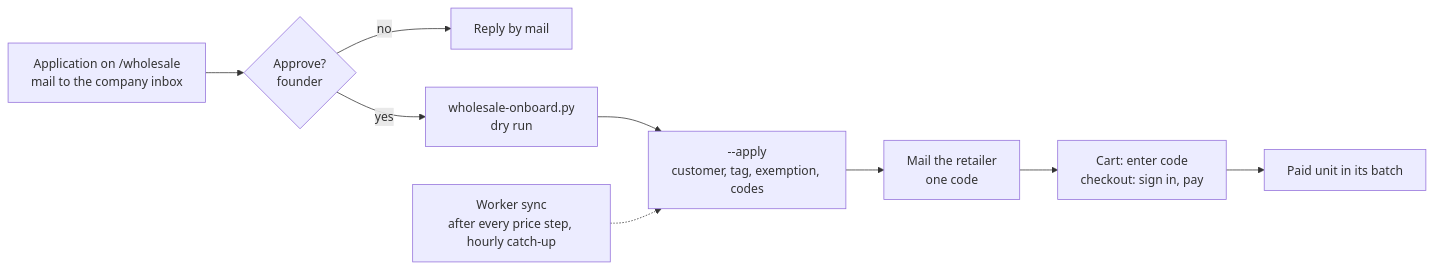
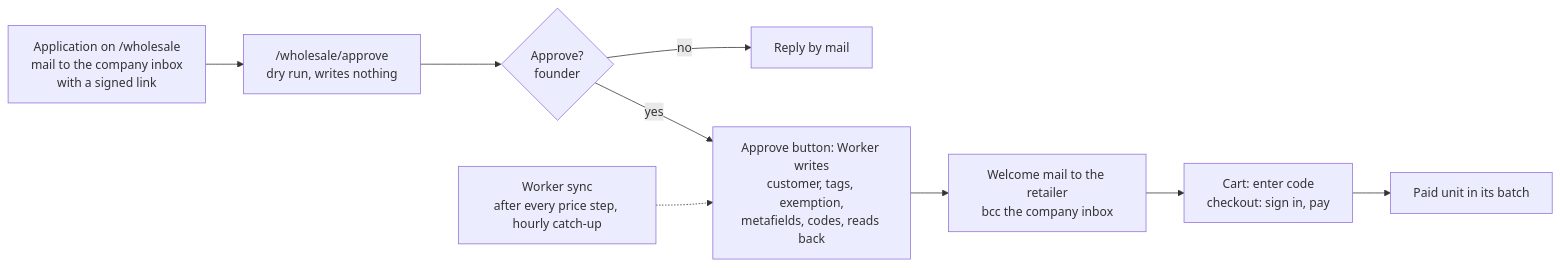
Before and after one commit to OpenDrone-hw/OpenDrone-Web: the diagram in docs/wholesale.md, drawn with Mermaid. The commit also changed other lines of this file and 12 other files, not shown here.

````diff
--- a/docs/wholesale.md
+++ b/docs/wholesale.md
@@ -5,11 +5,11 @@
 ```mermaid
 flowchart LR
-  A["Application on /wholesale<br/>mail to the company inbox"] --> B{"Approve?<br/>founder"}
+  A["Application on /wholesale<br/>mail to the company inbox<br/>with a signed link"] --> R["/wholesale/approve<br/>dry run, writes nothing"]
+  R --> B{"Approve?<br/>founder"}
   B -->|no| X["Reply by mail"]
-  B -->|yes| C["wholesale-onboard.py<br/>dry run"]
-  C --> D["--apply<br/>customer, tag, exemption, codes"]
-  D --> E["Mail the retailer<br/>one code"]
+  B -->|yes| D["Approve button: Worker writes<br/>customer, tags, exemption,<br/>metafields, codes, reads back"]
+  D --> E["Welcome mail to the retailer<br/>bcc the company inbox"]
   E --> F["Cart: enter code<br/>checkout: sign in, pay"]
   F --> G["Paid unit in its batch"]
   S["Worker sync<br/>after every price step, hourly catch-up"] -.-> D
 ```
````
